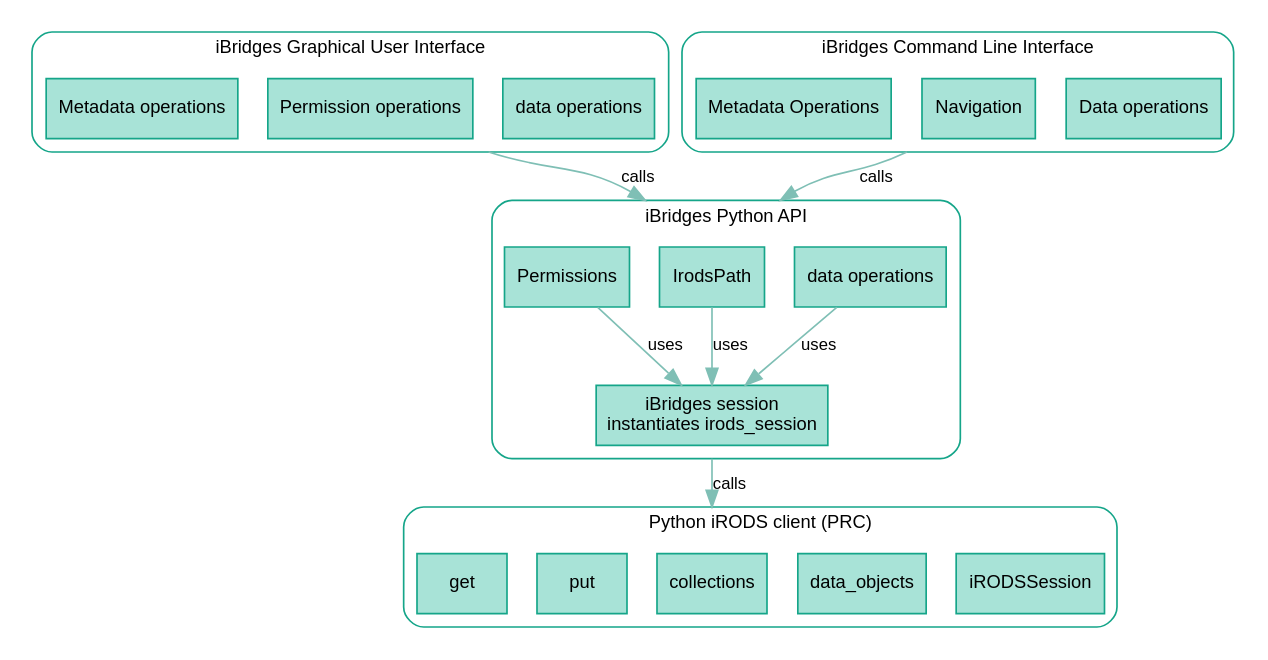
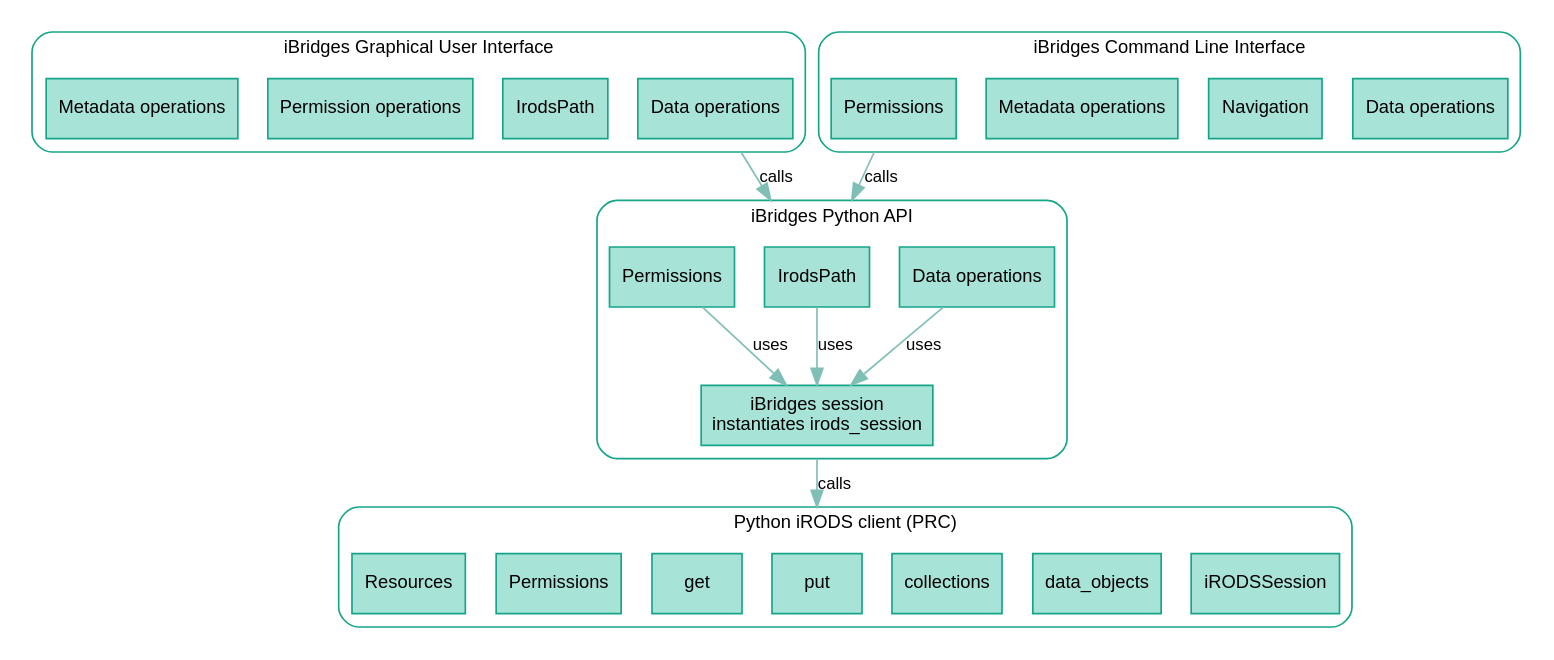
The second of 2 diagrams in book/slides/pres-introduction.qmd (iBridges-for-iRODS/iBridges-Training), drawn with Graphviz before and after one commit. The commit also changed 1 other file, not shown here.

Commit message:
updating graph ibridges-prc

````diff
--- a/book/slides/pres-introduction.qmd
+++ b/book/slides/pres-introduction.qmd
@@ -214,69 +214,73 @@
 ```{dot}
 //| fig-width: 16
 //| fig-height: 11
 digraph ibridges_prc {
     compound=True;
     rankdir=TD;   // top-down layout
 
     graph [fontsize=11, fontname="Arial", rank = TB, style=rounded, color="#15a589"];
     node  [
         shape=box,
         style=filled,
         color="#15a589",
         fillcolor="#a8e3d7",
         fontsize=11,
         fontname="Arial"
     ];
     edge [
         fontsize=10,
         fontname="Arial",
         color="#7fbfb5",
         penwidth=1
     ];
     // Cluster for API features
     subgraph cluster_api_features {
         label="iBridges Python API";
 
         Session    [label="iBridges session\ninstantiates irods_session"];
-        DataOps    [label="data operations"];
+        DataOps    [label="Data operations"];
         IrodsPath  [label="IrodsPath"];
-        Permissions[label="Permissions"];
+        Permissions[label="Permissions"]
     }
 
     subgraph cluster_gui_features {
         label="iBridges Graphical User Interface";
 
-        GuiDataOps[label="data operations"];
+        GuiDataOps[label="Data operations"];
+        GuiIrodspath[label="IrodsPath"]
         GuiPermissions[label="Permission operations"];
         GuiMetadata[label="Metadata operations"];
     }
 
     subgraph cluster_cli_features {
         label="iBridges Command Line Interface";
 
         CliDataOps[label="Data operations"];
         CliNavigation[label="Navigation"];
-        CliMetadata[label="Metadata Operations"];
+        CliMetadata[label="Metadata operations"];
+        CliPermissions[label="Permissions"]
     }
 
     subgraph cluster_prc {
         label="Python iRODS client (PRC)";
         PrcSession[label="iRODSSession"];
         PrcDataObjects[label="data_objects"];
         PrcCollections[label="collections"];
         PrcPut[label="put"];
         PrcGet[label="get"];
+        PrcACLs[label="Permissions"];
+        PrcRescs[label="Resources"]
     }
 
 
-    GuiPermissions -> IrodsPath[label="calls", ltail="cluster_gui_features", lhead="cluster_api_features"]
-    CliNavigation -> IrodsPath[label="calls", ltail="cluster_cli_features", lhead="cluster_api_features"]
+    GuiDataOps -> IrodsPath[label="calls", ltail="cluster_gui_features", lhead="cluster_api_features"]
+    CliPermissions -> IrodsPath[label="calls", ltail="cluster_cli_features", lhead="cluster_api_features"]
 
     // Relationships inside API features
     DataOps   -> Session     [label="uses"];
     IrodsPath -> Session     [label="uses"];
-    Permissions -> Session   [label="uses"];
-
-    Session   -> PrcCollections[label="calls", ltail="cluster_api_features", lhead="cluster_prc"];
+    Permissions -> Session   [label="uses"]
+    
+    Session   -> PrcPut[label="calls", ltail="cluster_api_features", lhead="cluster_prc"];
 }
 ```
````
